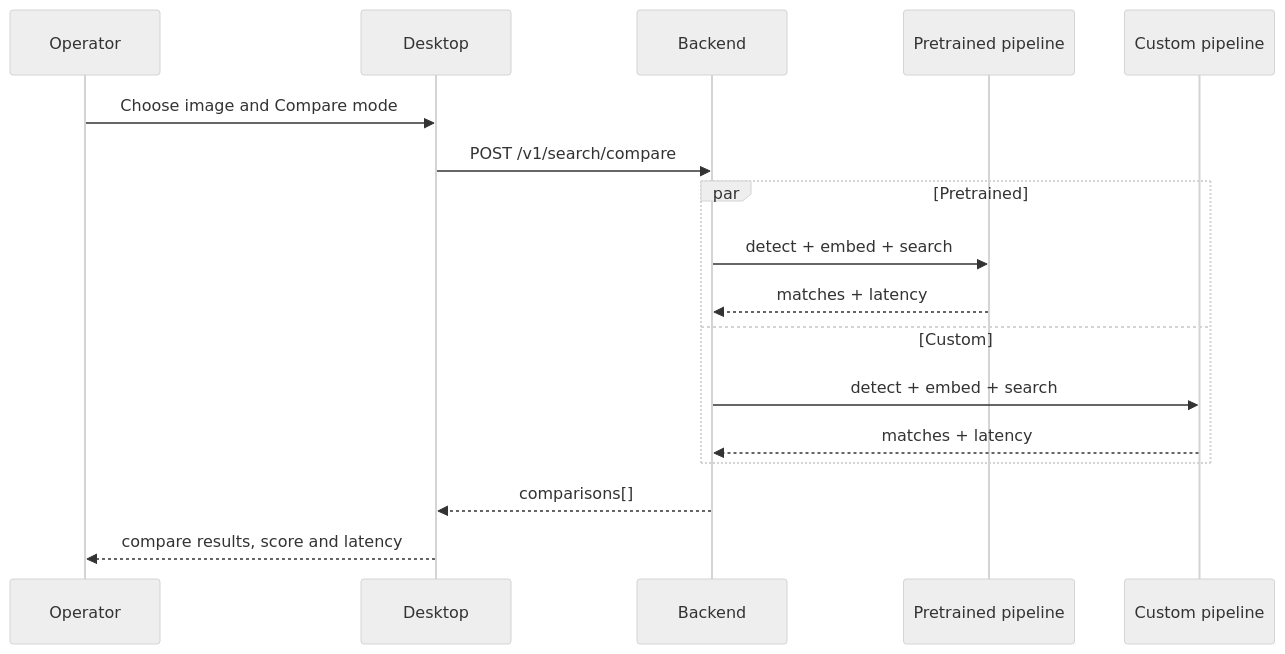
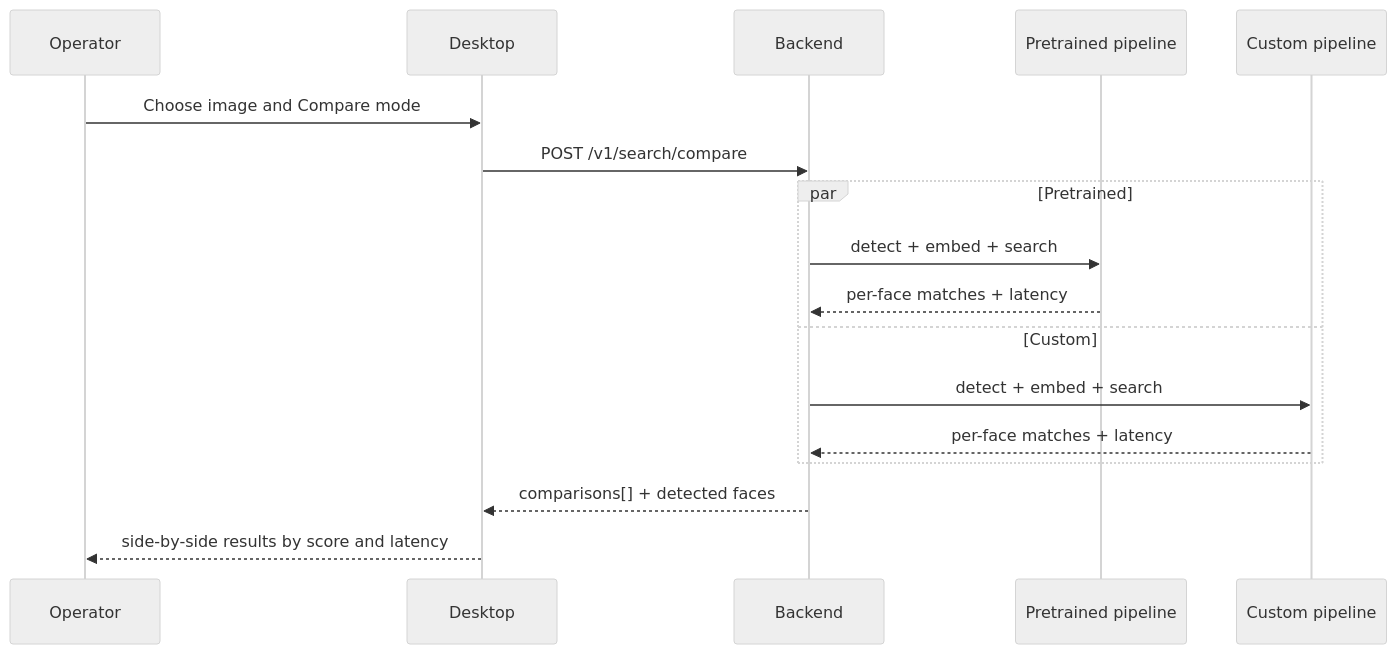
One commit to buytheaway/DiplomaWork changed the diagram in Obsidian_Diploma_Vault/04_Diagrams/04_Compare_Mode_Diagram.md. Above: the diagram before and after it, drawn with Mermaid (neutral theme). The commit also changed other lines of this file and 46 other files, not shown here.

````diff
--- a/Obsidian_Diploma_Vault/04_Diagrams/04_Compare_Mode_Diagram.md
+++ b/Obsidian_Diploma_Vault/04_Diagrams/04_Compare_Mode_Diagram.md
@@ -10,20 +10,20 @@
 ```mermaid
 sequenceDiagram
     participant U as Operator
     participant D as Desktop
     participant API as Backend
     participant P1 as Pretrained pipeline
     participant P2 as Custom pipeline
 
     U->>D: Choose image and Compare mode
     D->>API: POST /v1/search/compare
     par Pretrained
         API->>P1: detect + embed + search
-        P1-->>API: matches + latency
+        P1-->>API: per-face matches + latency
     and Custom
         API->>P2: detect + embed + search
-        P2-->>API: matches + latency
+        P2-->>API: per-face matches + latency
     end
-    API-->>D: comparisons[]
-    D-->>U: compare results, score and latency
+    API-->>D: comparisons[] + detected faces
+    D-->>U: side-by-side results by score and latency
 ```
````
